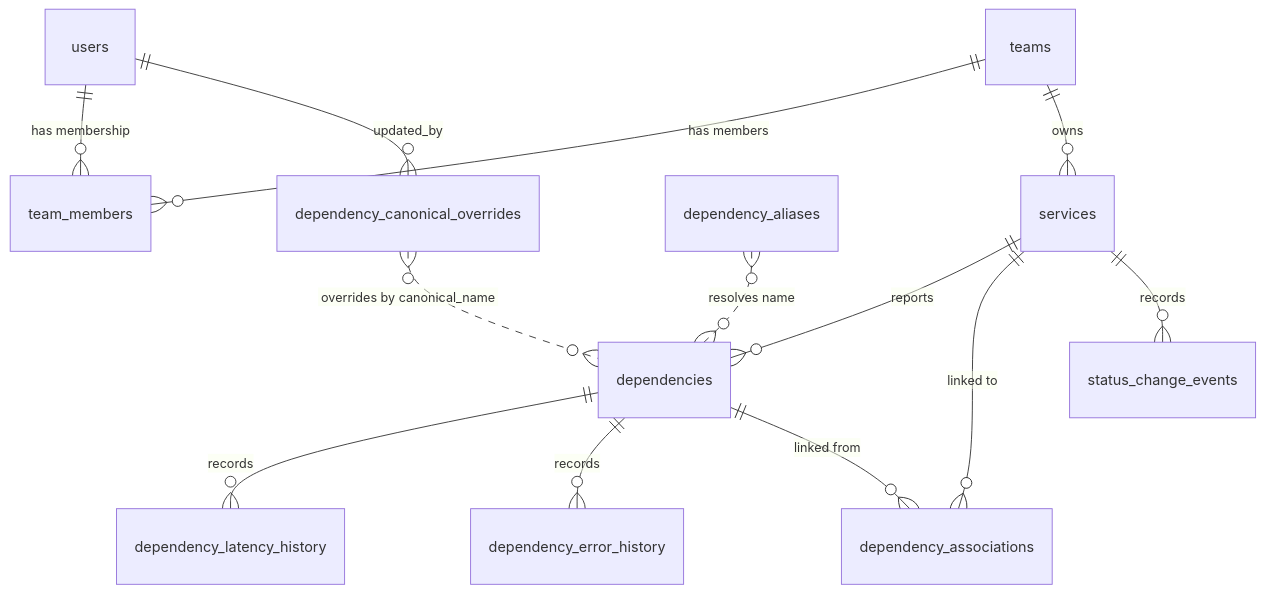
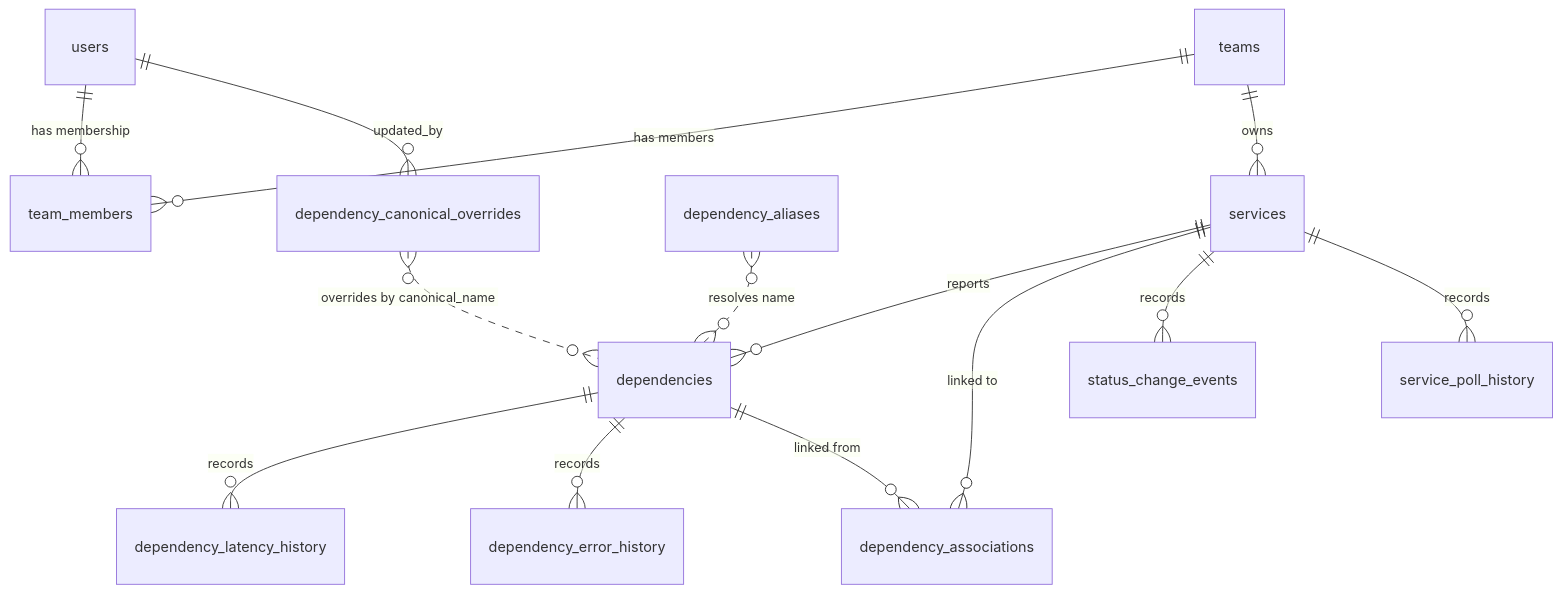
The diagram in docs/spec/02-data-model.md (copperbox/depsera), drawn with Mermaid before and after one commit. The commit also changed other lines of this file and 31 other files, not shown here.

````diff
--- a/docs/spec/02-data-model.md
+++ b/docs/spec/02-data-model.md
@@ -16,15 +16,16 @@
 ```mermaid
 erDiagram
     users ||--o{ team_members : "has membership"
     teams ||--o{ team_members : "has members"
     teams ||--o{ services : "owns"
     services ||--o{ dependencies : "reports"
     dependencies ||--o{ dependency_latency_history : "records"
     dependencies ||--o{ dependency_error_history : "records"
     dependencies ||--o{ dependency_associations : "linked from"
     services ||--o{ dependency_associations : "linked to"
     dependency_aliases }o..o{ dependencies : "resolves name"
     dependency_canonical_overrides }o..o{ dependencies : "overrides by canonical_name"
     users ||--o{ dependency_canonical_overrides : "updated_by"
     services ||--o{ status_change_events : "records"
+    services ||--o{ service_poll_history : "records"
 ```
````
